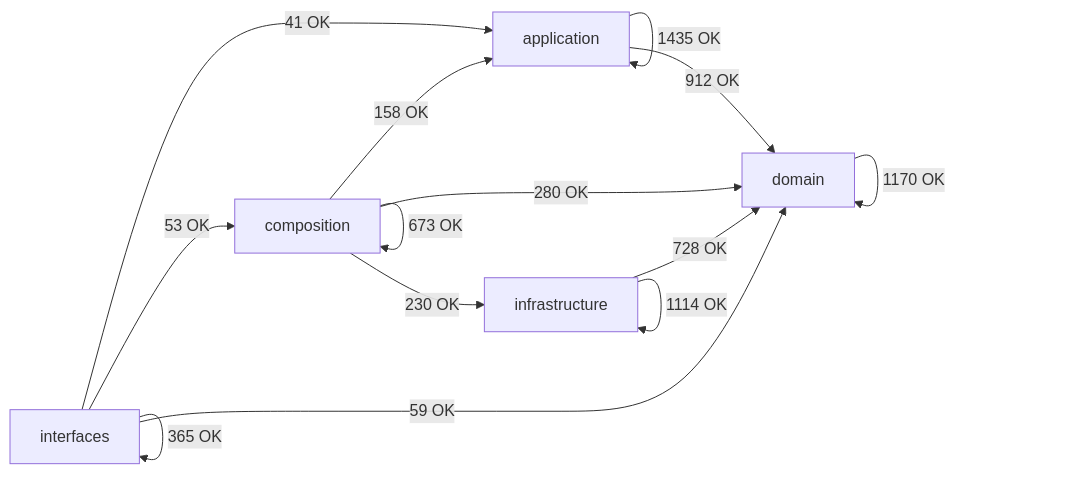
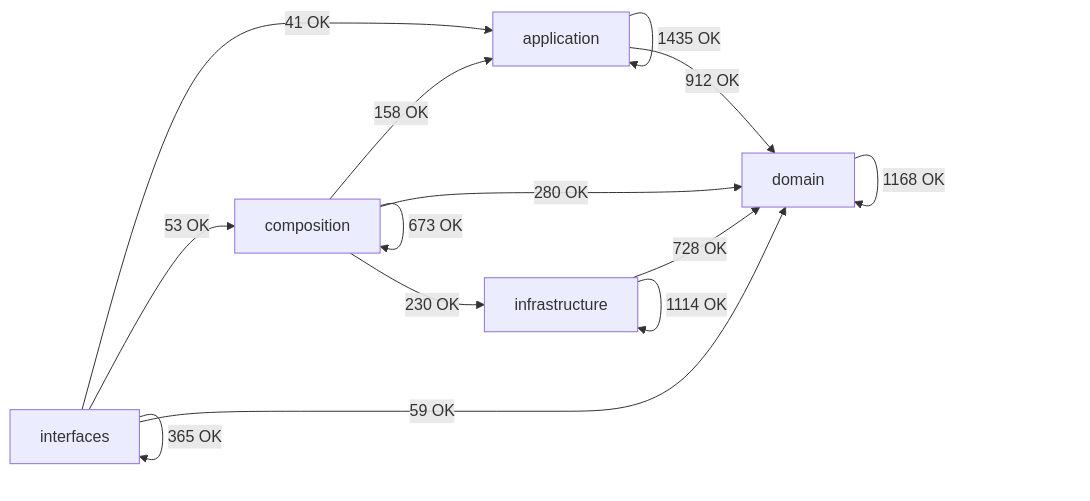
One commit to SatoryKono/BioactivityDataAcquisition changed the diagram in docs/02-architecture/generated/module-dependency-map.md. Above: the diagram before and after it, drawn with Mermaid. The commit also changed other lines of this file and 10 other files, not shown here.

First line of the commit message:
fix(architecture): narrow composite config facade

````diff
--- a/docs/02-architecture/generated/module-dependency-map.md
+++ b/docs/02-architecture/generated/module-dependency-map.md
@@ -17,21 +17,21 @@
 ```mermaid
 flowchart LR
     domain[domain]
     application[application]
     infrastructure[infrastructure]
     composition[composition]
     interfaces[interfaces]
     application -->|1435 OK| application
     application -->|912 OK| domain
     composition -->|158 OK| application
     composition -->|673 OK| composition
     composition -->|280 OK| domain
     composition -->|230 OK| infrastructure
-    domain -->|1170 OK| domain
+    domain -->|1168 OK| domain
     infrastructure -->|728 OK| domain
     infrastructure -->|1114 OK| infrastructure
     interfaces -->|41 OK| application
     interfaces -->|53 OK| composition
     interfaces -->|59 OK| domain
     interfaces -->|365 OK| interfaces
 ```
````
